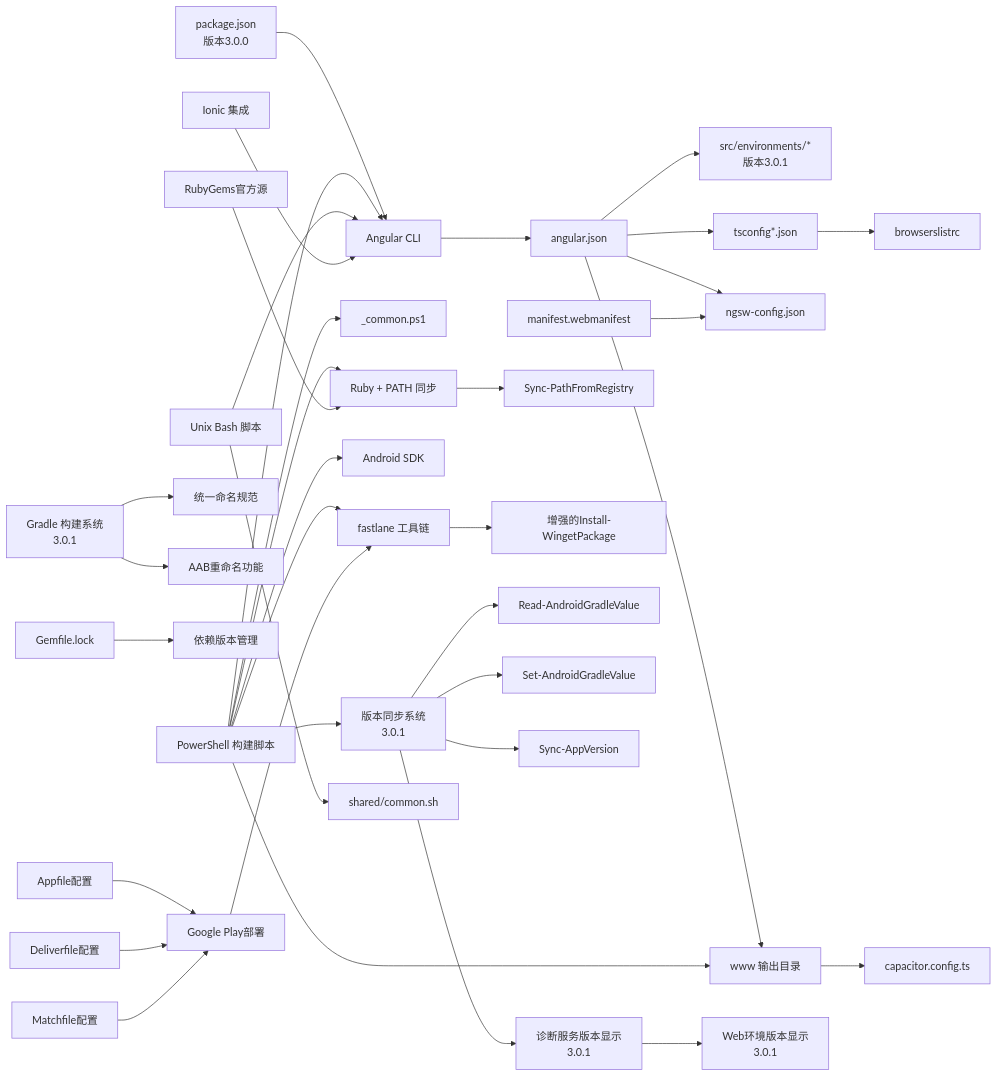
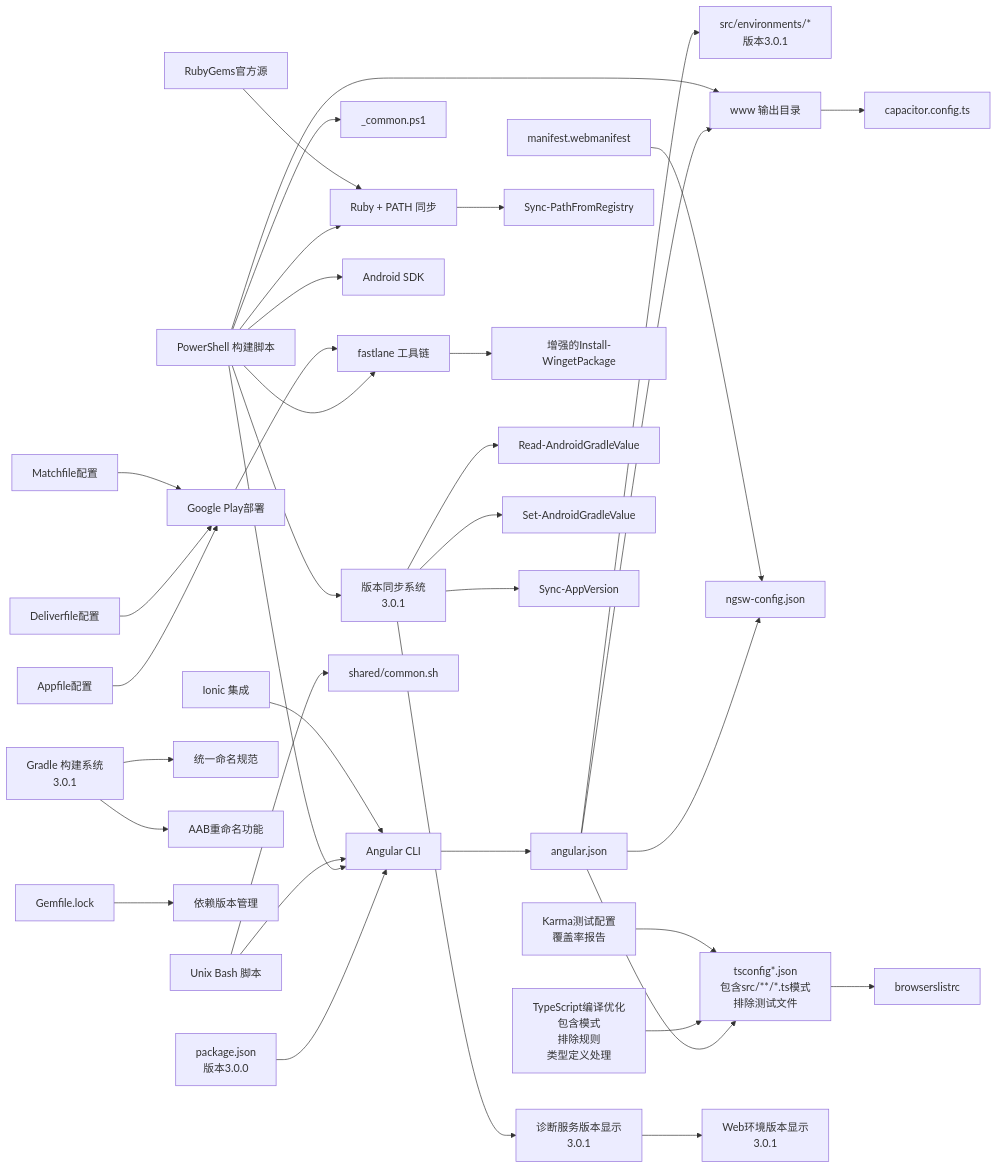
One commit to tea4go/Macro-Deck-Client-App changed the sixth of 6 diagrams in .qoder/repowiki/zh/content/构建与部署/构建配置.md. Above: the diagram before and after it, drawn with Mermaid. The commit also changed other lines of this file and 3 other files, not shown here.

````diff
--- a/.qoder/repowiki/zh/content/构建与部署/构建配置.md
+++ b/.qoder/repowiki/zh/content/构建与部署/构建配置.md
@@ -1027,37 +1085,39 @@
 ```mermaid
 graph LR
 P["package.json<br/>版本3.0.0"] --> CLI["Angular CLI"]
 CLI --> CFG["angular.json"]
 CFG --> ENV["src/environments/*<br/>版本3.0.1"]
-CFG --> TS["tsconfig*.json"]
+CFG --> TS["tsconfig*.json<br/>包含src/**/*.ts模式<br/>排除测试文件"]
 TS --> BROWS["browserslistrc"]
 CFG --> SW["ngsw-config.json"]
 CFG --> WWW["www 输出目录"]
 WWW --> CAP["capacitor.config.ts"]
 PS["PowerShell 构建脚本"] --> CLI
 PS --> COMMON["_common.ps1"]
 PS --> WWW
 PS --> FASTLANE["fastlane 工具链"]
 PS --> ANDROID["Android SDK"]
 PS --> RUBY["Ruby + PATH 同步"]
 PS --> VERSIONSYNC["版本同步系统<br/>3.0.1"]
 UNIX["Unix Bash 脚本"] --> COMMON2["shared/common.sh"]
 UNIX --> CLI
 MAN["manifest.webmanifest"] --> SW
 IONIC["Ionic 集成"] --> CLI
 RUBY --> SYNC["Sync-PathFromRegistry"]
 FASTLANE --> WINGET["增强的Install-WingetPackage"]
 GRADLE["Gradle 构建系统<br/>3.0.1"] --> NAMING["统一命名规范"]
 GRADLE --> AABRENAME["AAB重命名功能"]
 GEMLOCK["Gemfile.lock"] --> DEPS["依赖版本管理"]
 PLAYSTORE["Google Play部署"] --> FASTLANE
 APPFILE["Appfile配置"] --> PLAYSTORE
 DELIVER["Deliverfile配置"] --> PLAYSTORE
 MATCH["Matchfile配置"] --> PLAYSTORE
 RUBYGEMS["RubyGems官方源"] --> RUBY
 VERSIONSYNC --> READGRADLE["Read-AndroidGradleValue"]
 VERSIONSYNC --> SETGRADLE["Set-AndroidGradleValue"]
 VERSIONSYNC --> SYNCAPP["Sync-AppVersion"]
 VERSIONSYNC --> DIAGNOSTIC["诊断服务版本显示<br/>3.0.1"]
 DIAGNOSTIC --> WEBENV["Web环境版本显示<br/>3.0.1"]
+TSOPTIMIZATION["TypeScript编译优化<br/>包含模式<br/>排除规则<br/>类型定义处理"] --> TS
+KARMA["Karma测试配置<br/>覆盖率报告"] --> TS
 ```
````
